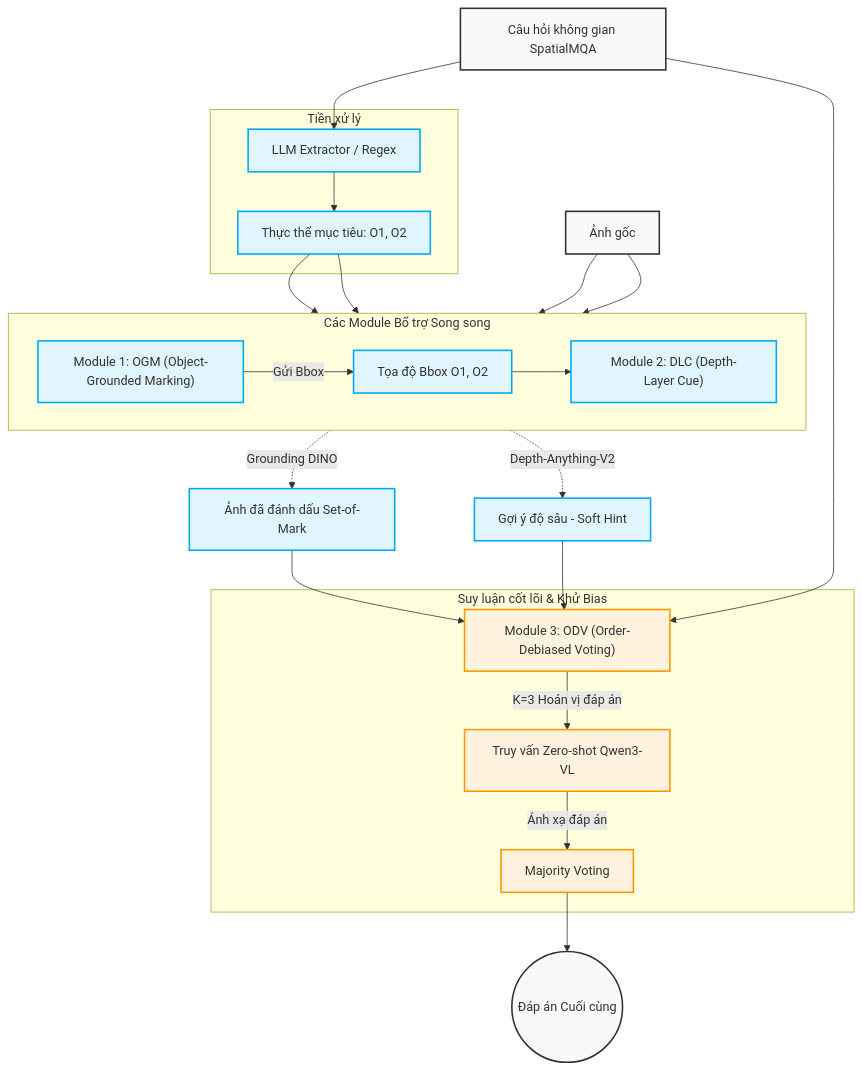
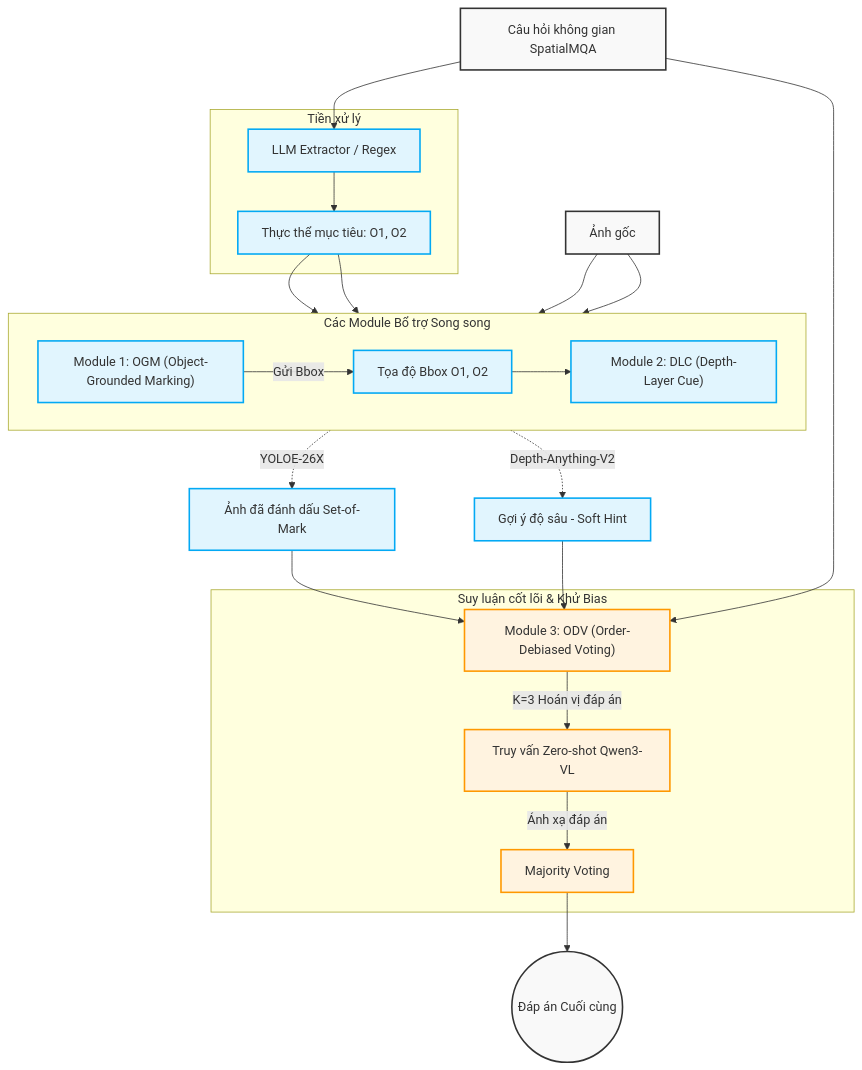
Before and after one commit to tuikhongtenbo/ASTRA: the diagram in METHOD.md, drawn with Mermaid. The commit also changed other lines of this file and 15 other files, not shown here.

````diff
--- a/METHOD.md
+++ b/METHOD.md
@@ -11,56 +11,56 @@
 ```mermaid
 flowchart TD
     %% Định nghĩa dữ liệu đầu vào
     Input_Image["Ảnh gốc"]
     Input_Question["Câu hỏi không gian SpatialMQA"]
     
     %% Extract Entities
     subgraph Preprocessing["Tiền xử lý"]
         LLM_Extractor["LLM Extractor / Regex"]
         Entities["Thực thể mục tiêu: O1, O2"]
         LLM_Extractor --> Entities
     end
     
     Input_Question --> LLM_Extractor
     
     %% Parallel Modules
     subgraph Auxiliary_Modules["Các Module Bổ trợ Song song"]
         direction LR
         M1["Module 1: OGM (Object-Grounded Marking)"]
         M1_Bboxes["Tọa độ Bbox O1, O2"]
         M2["Module 2: DLC (Depth-Layer Cue)"]
         M1 -->|"Gửi Bbox"| M1_Bboxes
         M1_Bboxes --> M2
     end
     
     Input_Image --> M1
     Entities --> M1
-    M1 -.->|"Grounding DINO"| Marked_Image["Ảnh đã đánh dấu Set-of-Mark"]
+    M1 -.->|"YOLOE-26X"| Marked_Image["Ảnh đã đánh dấu Set-of-Mark"]
     
     Input_Image --> M2
     Entities --> M2
     M2 -.->|"Depth-Anything-V2"| Depth_Hint["Gợi ý độ sâu - Soft Hint"]
     
     %% Main VLM & Voting
     subgraph Core_Reasoning["Suy luận cốt lõi & Khử Bias"]
         M3["Module 3: ODV (Order-Debiased Voting)"]
         VLM_Zero_Shot["Truy vấn Zero-shot Qwen3-VL"]
         Voting["Majority Voting"]
         M3 -->|"K=3 Hoán vị đáp án"| VLM_Zero_Shot
         VLM_Zero_Shot -->|"Ánh xạ đáp án"| Voting
     end
     
     Input_Question --> M3
     Marked_Image --> M3
     Depth_Hint --> M3
     Voting --> Final_Answer(("Đáp án Cuối cùng"))
     
     %% Styling
     classDef io fill:#f9f9f9,stroke:#333,stroke-width:2px;
     classDef module fill:#e1f5fe,stroke:#03a9f4,stroke-width:2px;
     classDef core fill:#fff3e0,stroke:#ff9800,stroke-width:2px;
     
     class Input_Image,Input_Question,Final_Answer io;
     class M1,M2,M1_Bboxes,LLM_Extractor,Entities,Marked_Image,Depth_Hint module;
     class M3,VLM_Zero_Shot,Voting core;
 ```
````
